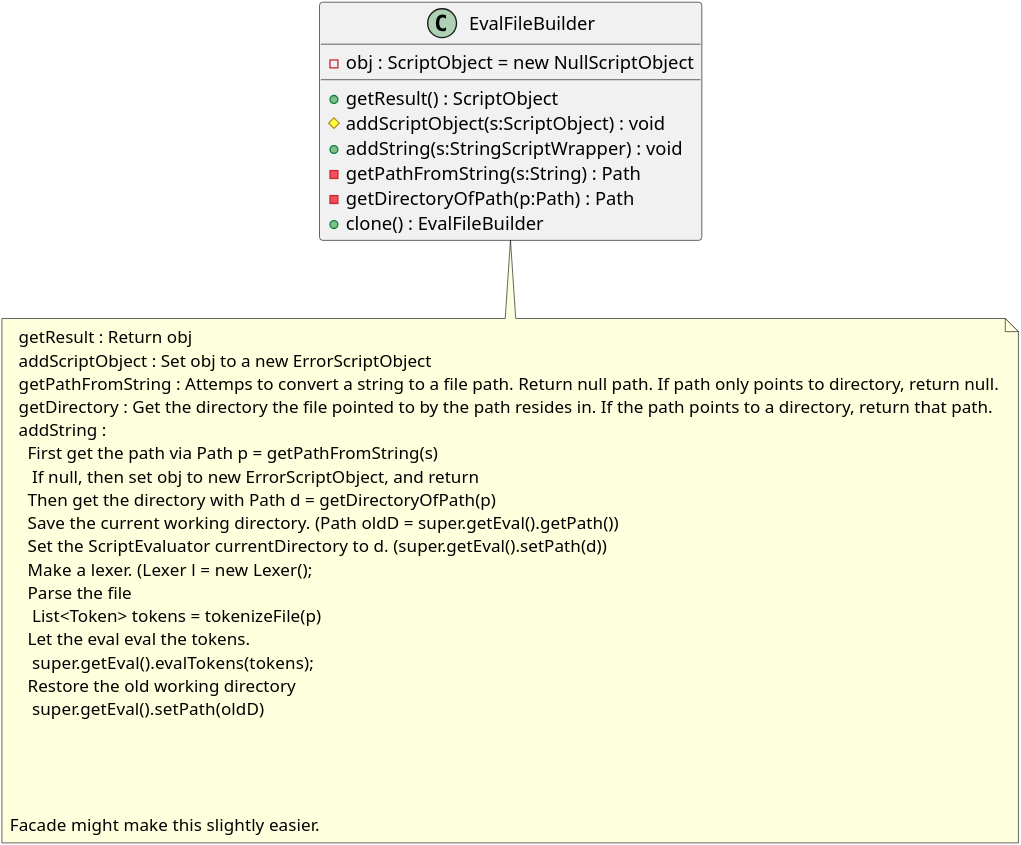
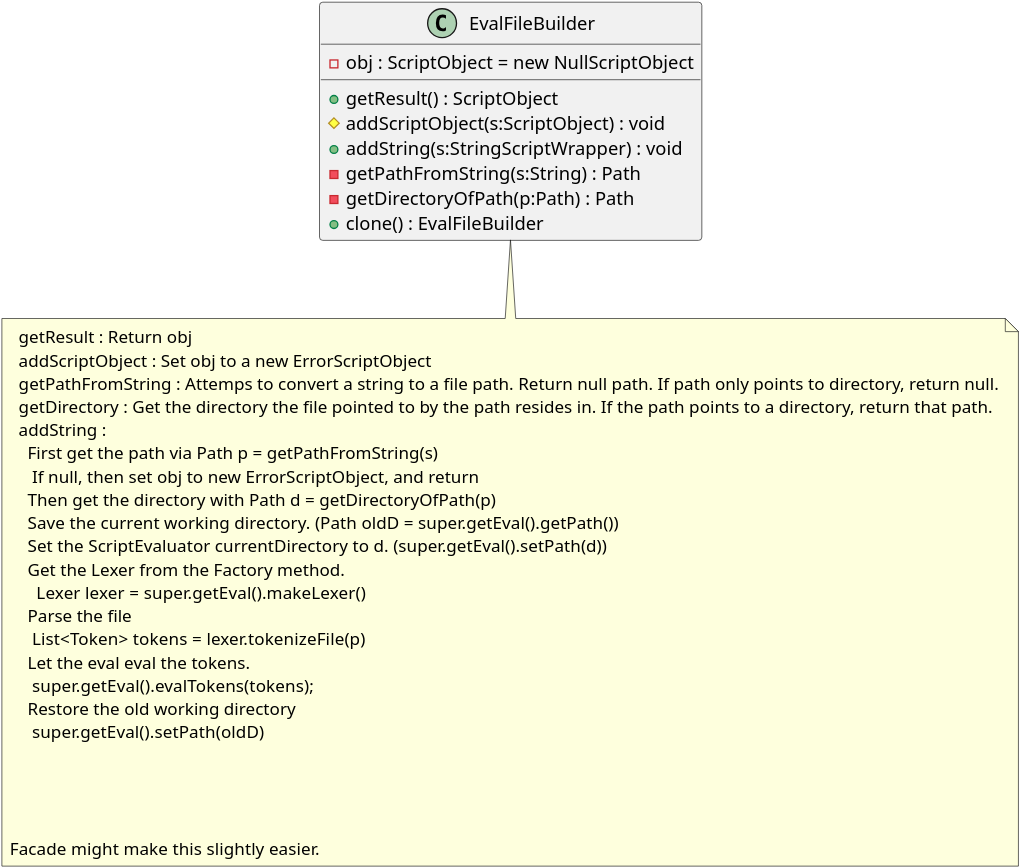
The diagram in Builder/EvalFileBuilder.org (MatthewBregg/DesignPatternsRepo), drawn with PlantUML before and after one commit. The commit also changed 8 other files, not shown here.

```diff
--- a/Builder/EvalFileBuilder.org
+++ b/Builder/EvalFileBuilder.org
@@ -1,41 +1,42 @@
 #+BEGIN_SRC plantuml :file EvalFileBuilder.png
 skinparam dpi 600
 
 class EVF as "EvalFileBuilder"
 EVF : +getResult() : ScriptObject
 EVF : -obj : ScriptObject = new NullScriptObject
 EVF : #addScriptObject(s:ScriptObject) : void
 EVF : +addString(s:StringScriptWrapper) : void
 EVF : -getPathFromString(s:String) : Path
 EVF : -getDirectoryOfPath(p:Path) : Path
 EVF : +clone() : EvalFileBuilder
 
 note bottom of EVF
   getResult : Return obj
   addScriptObject : Set obj to a new ErrorScriptObject
   getPathFromString : Attemps to convert a string to a file path. Return null path. If path only points to directory, return null.
   getDirectory : Get the directory the file pointed to by the path resides in. If the path points to a directory, return that path. 
   addString : 
     First get the path via Path p = getPathFromString(s)
      If null, then set obj to new ErrorScriptObject, and return
     Then get the directory with Path d = getDirectoryOfPath(p)
     Save the current working directory. (Path oldD = super.getEval().getPath())
     Set the ScriptEvaluator currentDirectory to d. (super.getEval().setPath(d))
-    Make a lexer. (Lexer l = new Lexer();
+    Get the Lexer from the Factory method.
+      Lexer lexer = super.getEval().makeLexer()
     Parse the file
-     List<Token> tokens = tokenizeFile(p)
+     List<Token> tokens = lexer.tokenizeFile(p)
     Let the eval eval the tokens.
      super.getEval().evalTokens(tokens);
     Restore the old working directory
      super.getEval().setPath(oldD)
     
      
 
 
 Facade might make this slightly easier.
 end note
     
 
 
 
 #+END_SRC
```
